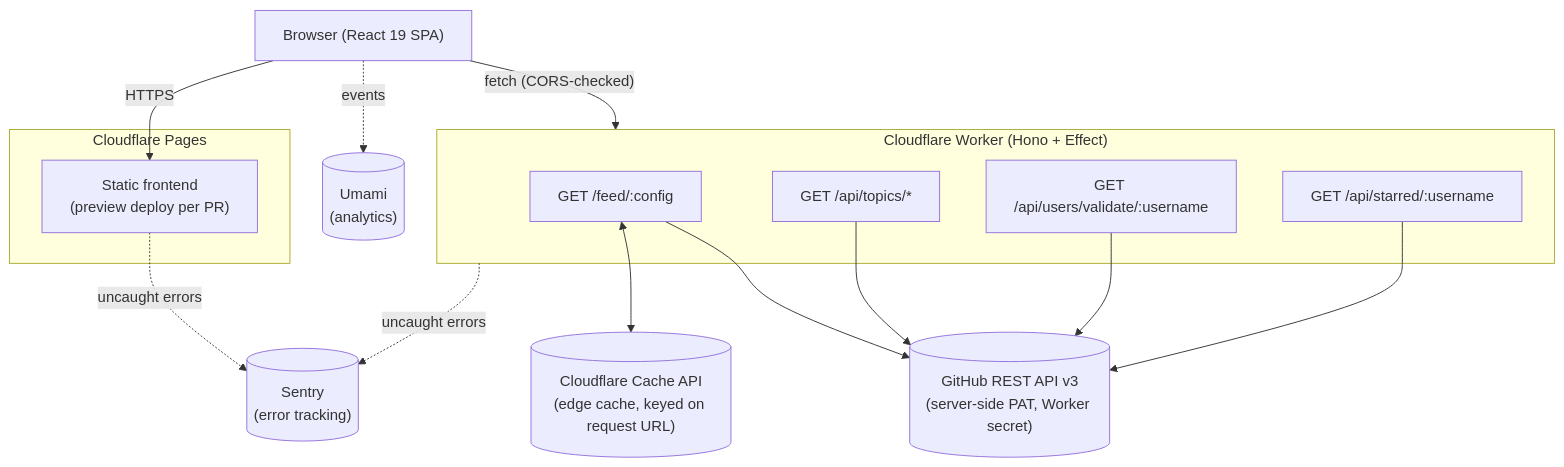
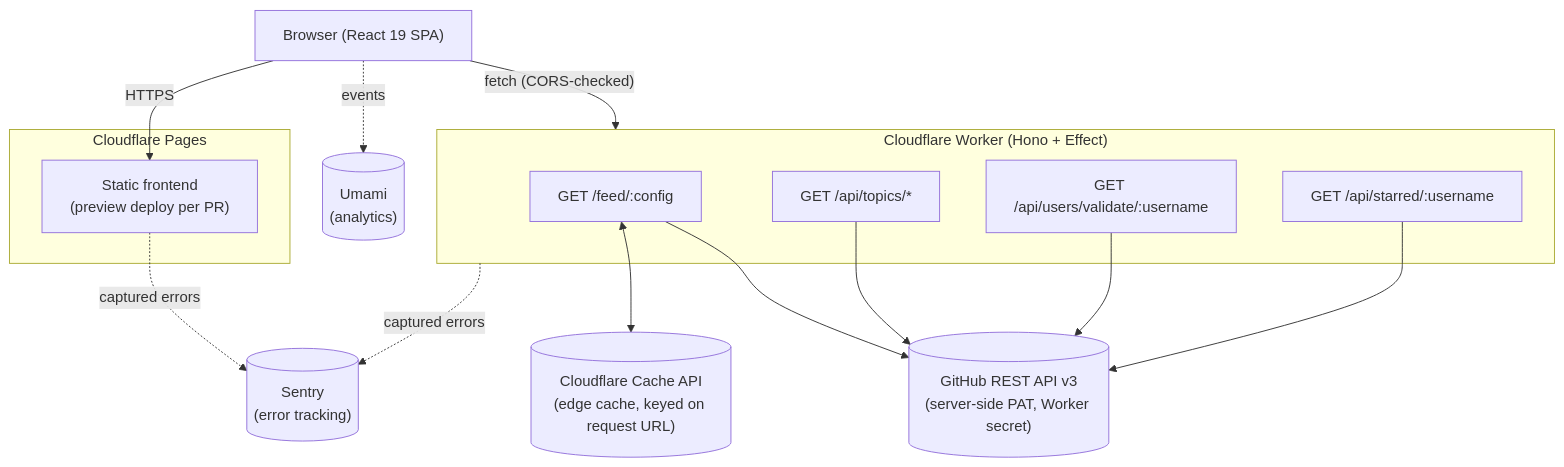
The first of 4 diagrams in docs/ARCHITECTURE.md (schalkneethling/ossreleasefeed-v2), drawn with Mermaid before and after one commit. The commit also changed other lines of this file, not shown here.

Commit message:
Clarify API CORS behavior and cache snapshot flow

````diff
--- a/docs/ARCHITECTURE.md
+++ b/docs/ARCHITECTURE.md
@@ -8,33 +8,33 @@
 ```mermaid
 flowchart TD
     Browser["Browser (React 19 SPA)"]
 
     subgraph Pages["Cloudflare Pages"]
         SPA["Static frontend\n(preview deploy per PR)"]
     end
 
     subgraph Worker["Cloudflare Worker (Hono + Effect)"]
         Feed["GET /feed/:config"]
         Topics["GET /api/topics/*"]
         Users["GET /api/users/validate/:username"]
         Starred["GET /api/starred/:username"]
     end
 
     Cache[("Cloudflare Cache API\n(edge cache, keyed on request URL)")]
     GitHub[("GitHub REST API v3\n(server-side PAT, Worker secret)")]
     Sentry[("Sentry\n(error tracking)")]
     Umami[("Umami\n(analytics)")]
 
     Browser -- HTTPS --> SPA
     Browser -- "fetch (CORS-checked)" --> Worker
     Browser -. events .-> Umami
 
     Feed <--> Cache
     Feed --> GitHub
     Topics --> GitHub
     Users --> GitHub
     Starred --> GitHub
 
-    Worker -. uncaught errors .-> Sentry
-    SPA -. uncaught errors .-> Sentry
+    Worker -. captured errors .-> Sentry
+    SPA -. captured errors .-> Sentry
 ```
````
